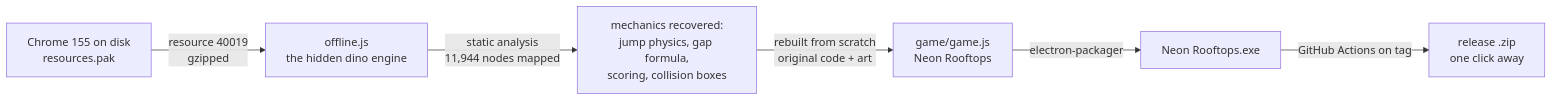
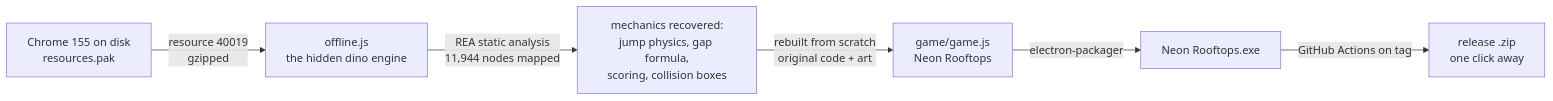
The first of 2 diagrams in README.md (kingabzpro/neon-rooftops), drawn with Mermaid before and after one commit. The commit also changed other lines of this file and 1 other file, not shown here.

Commit message:
docs: credit REA, drop em dashes from comments

````diff
--- a/README.md
+++ b/README.md
@@ -50,8 +50,8 @@
 ```mermaid
 flowchart LR
     A["Chrome 155 on disk<br/>resources.pak"] -->|"resource 40019<br/>gzipped"| B["offline.js<br/>the hidden dino engine"]
-    B -->|"static analysis<br/>11,944 nodes mapped"| C["mechanics recovered:<br/>jump physics, gap formula,<br/>scoring, collision boxes"]
+    B -->|"REA static analysis<br/>11,944 nodes mapped"| C["mechanics recovered:<br/>jump physics, gap formula,<br/>scoring, collision boxes"]
     C -->|"rebuilt from scratch<br/>original code + art"| D["game/game.js<br/>Neon Rooftops"]
     D -->|"electron-packager"| E["Neon Rooftops.exe"]
     E -->|"GitHub Actions on tag"| F["release .zip<br/>one click away"]
 ```
````
